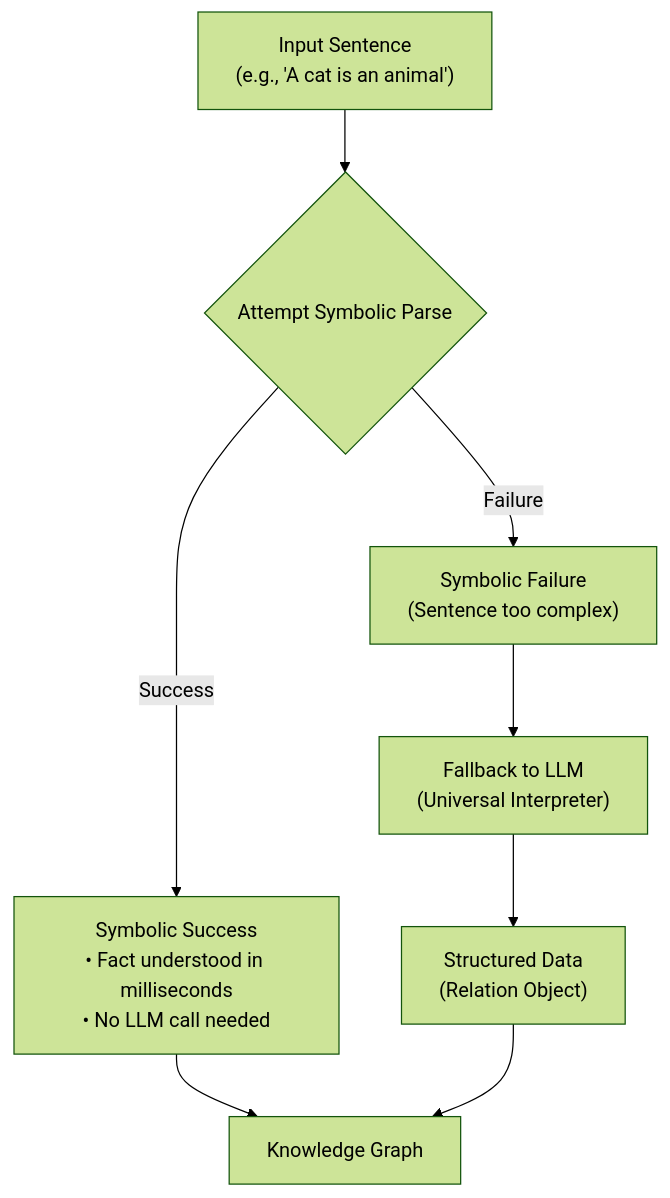
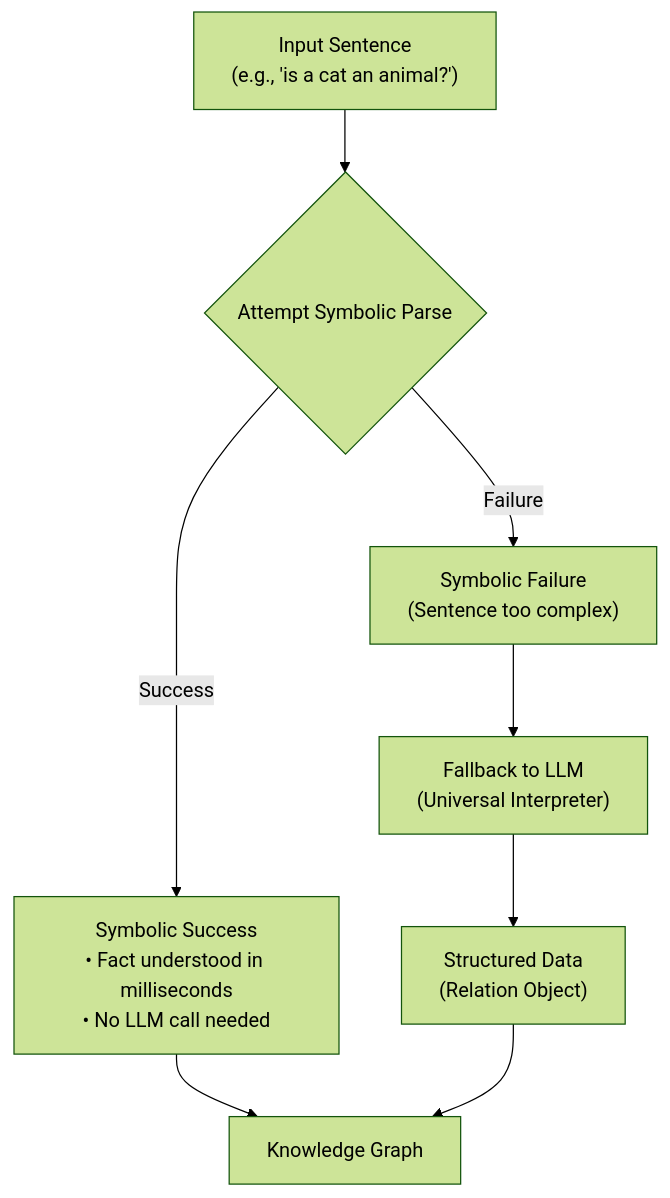
The second of 3 diagrams in README.md (vicsanity623/Axiom-Agent), drawn with Mermaid before and after one commit. The commit also changed other lines of this file and 1 other file, not shown here.

````diff
--- a/README.md
+++ b/README.md
@@ -49,14 +52,14 @@
 ```mermaid
 %%{init: { "theme": "forest" }}%%
 flowchart TD
-    A["Input Sentence<br/>(e.g., 'A cat is an animal')"] --> B{Attempt Symbolic Parse}
+    A["Input Sentence<br/>(e.g., 'is a cat an animal?')"] --> B{Attempt Symbolic Parse}
 
     B -- Success --> C["Symbolic Success<br/>• Fact understood in milliseconds<br/>• No LLM call needed"]
     B -- Failure --> D["Symbolic Failure<br/>(Sentence too complex)"]
 
     D --> E["Fallback to LLM<br/>(Universal Interpreter)"]
     E --> F["Structured Data<br/>(Relation Object)"]
 
     C --> G["Knowledge Graph"]
     F --> G["Knowledge Graph"]
 ```
````
